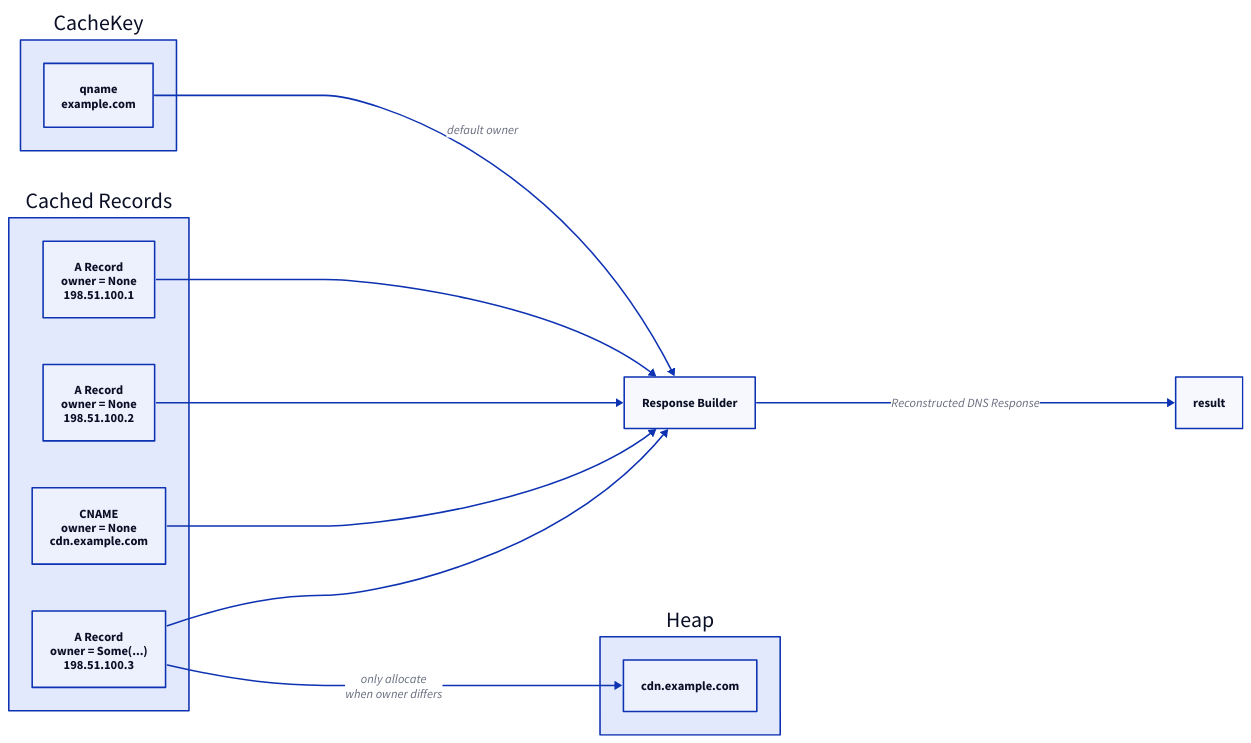
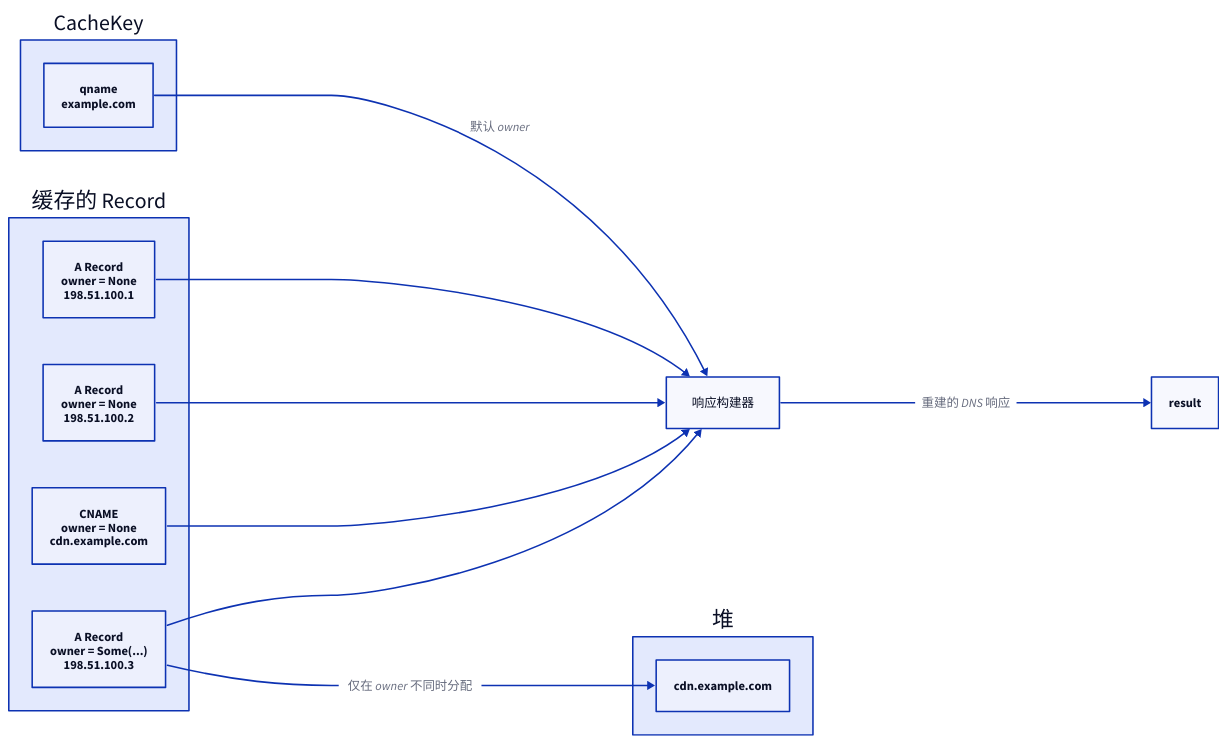
The fifth of 11 diagrams in content/posts/how-cloudflare-1111-saved-100-tb-of-memory-by-refactoring-dns-cache-memory-layout-by-chatgpt-mh23d.md (Disdjj/blog), drawn with D2 before and after one commit. The commit also changed other lines of this file, not shown here.

````diff
--- a/content/posts/how-cloudflare-1111-saved-100-tb-of-memory-by-refactoring-dns-cache-memory-layout-by-chatgpt-mh23d.md
+++ b/content/posts/how-cloudflare-1111-saved-100-tb-of-memory-by-refactoring-dns-cache-memory-layout-by-chatgpt-mh23d.md
@@ -669,33 +667,33 @@
 ```d2
 direction: right
 
 key: "CacheKey" {
   qname: "qname\nexample.com"
 }
 
-records: "Cached Records" {
+records: "缓存的 Record" {
   r1: "A Record\nowner = None\n198.51.100.1"
   r2: "A Record\nowner = None\n198.51.100.2"
 
   cname: "CNAME\nowner = None\ncdn.example.com"
 
   target: "A Record\nowner = Some(...)\n198.51.100.3"
 }
 
-heap: "Heap" {
+heap: "堆" {
   cname_owner: "cdn.example.com"
 }
 
-lookup: "Response Builder"
+lookup: "响应构建器"
 
-key.qname -> lookup: "default owner"
+key.qname -> lookup: "默认 owner"
 
 records.r1 -> lookup
 records.r2 -> lookup
 records.cname -> lookup
 records.target -> lookup
 
-records.target -> heap.cname_owner: "only allocate\nwhen owner differs"
+records.target -> heap.cname_owner: "仅在 owner 不同时分配"
 
-lookup -> result: "Reconstructed DNS Response"
+lookup -> result: "重建的 DNS 响应"
 ```
````
